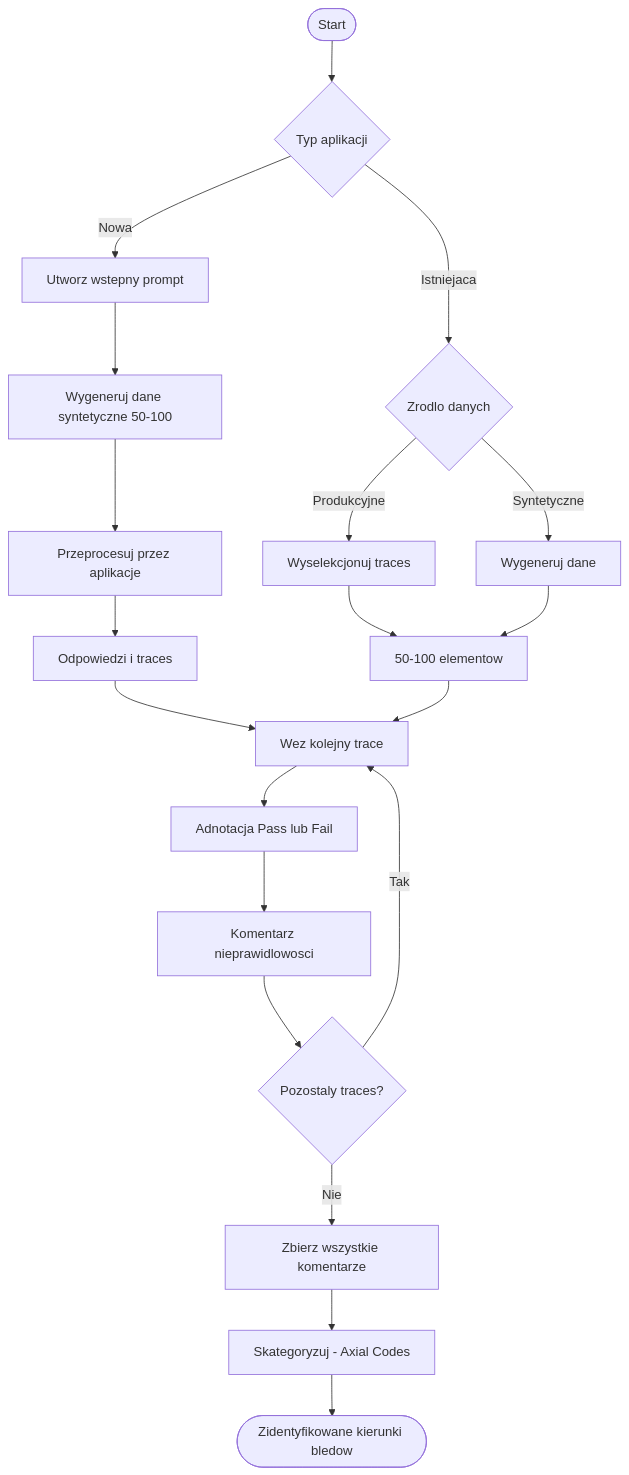
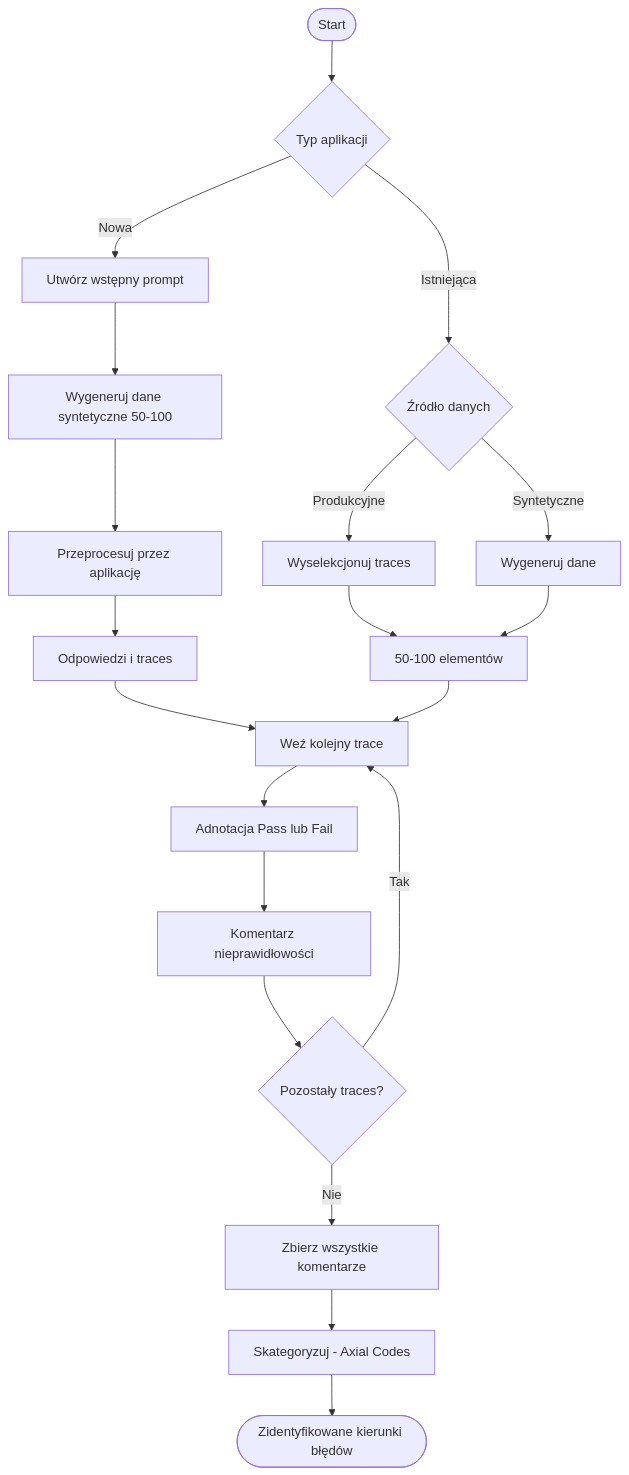
The diagram in AI Evals Research -  Collected.md (PruszynskiJakub/programujzai), drawn with Mermaid before and after one commit. The commit also changed other lines of this file, not shown here.

````diff
--- a/AI Evals Research -  Collected.md
+++ b/AI Evals Research -  Collected.md
@@ -40,26 +72,26 @@
 ```mermaid
 flowchart TD
     Start([Start]) --> Decision{Typ aplikacji}
-    
-    Decision --> |Nowa| N1[Utworz wstepny prompt]
+
+    Decision --> |Nowa| N1[Utwórz wstępny prompt]
     N1 --> N2[Wygeneruj dane syntetyczne 50-100]
-    N2 --> N3[Przeprocesuj przez aplikacje]
+    N2 --> N3[Przeprocesuj przez aplikację]
     N3 --> N4[Odpowiedzi i traces]
-    
-    Decision --> |Istniejaca| E1{Zrodlo danych}
+
+    Decision --> |Istniejąca| E1{Źródło danych}
     E1 --> |Produkcyjne| E1a[Wyselekcjonuj traces]
     E1 --> |Syntetyczne| E1b[Wygeneruj dane]
-    E1a --> E2[50-100 elementow]
+    E1a --> E2[50-100 elementów]
     E1b --> E2
-    
+
     N4 --> O1
     E2 --> O1
-    
-    O1[Wez kolejny trace] --> O2[Adnotacja Pass lub Fail]
-    O2 --> O3[Komentarz nieprawidlowosci]
-    O3 --> Check{Pozostaly traces?}
+
+    O1[Weź kolejny trace] --> O2[Adnotacja Pass lub Fail]
+    O2 --> O3[Komentarz nieprawidłowości]
+    O3 --> Check{Pozostały traces?}
     Check --> |Tak| O1
     Check --> |Nie| A1[Zbierz wszystkie komentarze]
     A1 --> A2[Skategoryzuj - Axial Codes]
-    A2 --> Result([Zidentyfikowane kierunki bledow])
+    A2 --> Result([Zidentyfikowane kierunki błędów])
 ```
````
